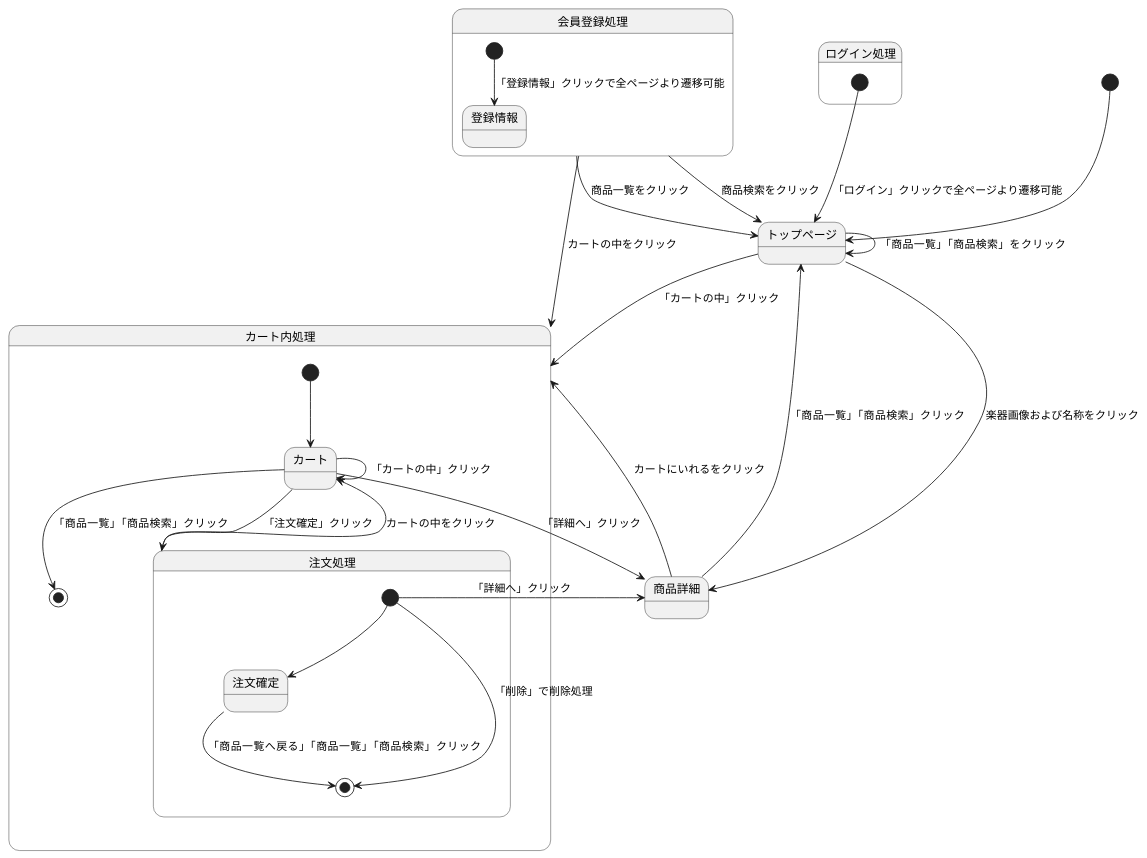
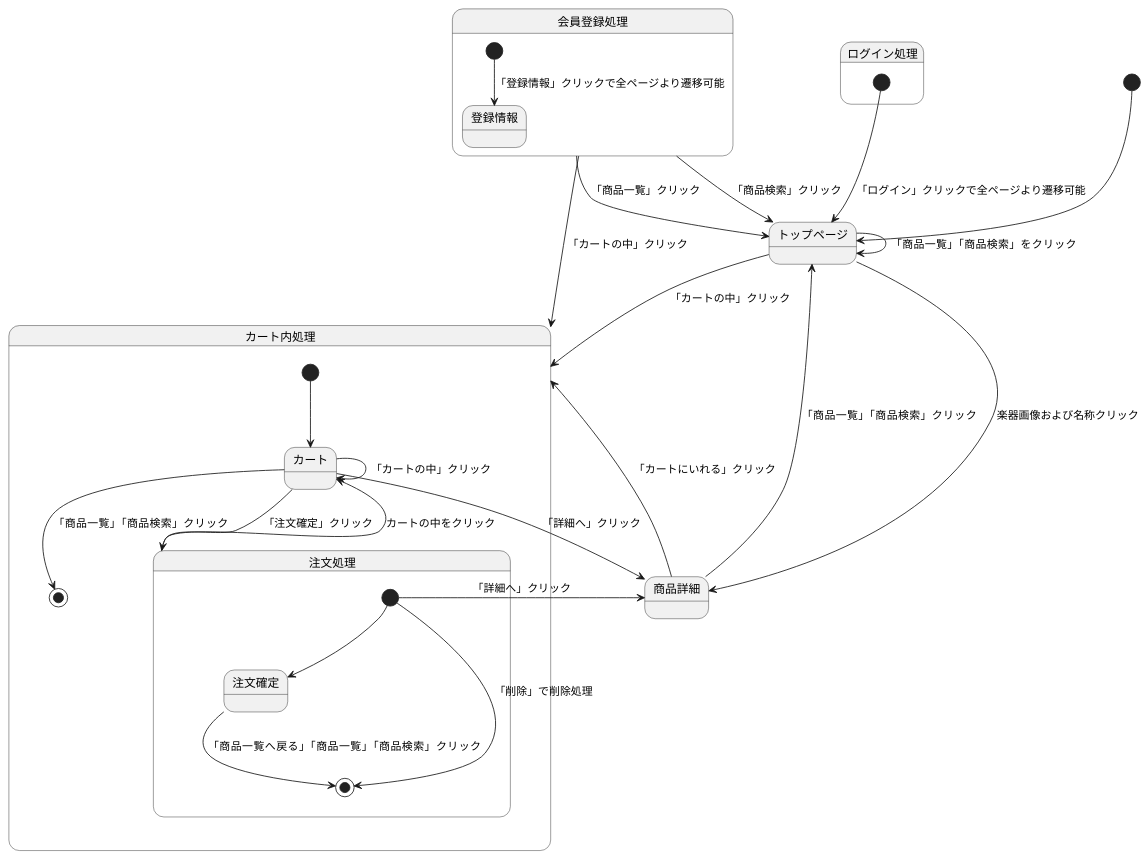
Before and after one commit to Aso2001374/2021sys-design: the third of 3 diagrams in stm01.md, drawn with PlantUML.

````diff
--- a/stm01.md
+++ b/stm01.md
@@ -55,43 +55,43 @@
 ```uml
 @startuml
 [*] --> トップページ
 
 トップページ--> トップページ : 「商品一覧」「商品検索」をクリック
 トップページ--> カート内処理 : 「カートの中」クリック
-トップページ--> 商品詳細 : 楽器画像および名称をクリック
+トップページ--> 商品詳細 : 楽器画像および名称クリック
 
 商品詳細--> トップページ : 「商品一覧」「商品検索」クリック
-商品詳細--> カート内処理 : カートにいれるをクリック
+商品詳細--> カート内処理 : 「カートにいれる」クリック
 
-会員登録処理 --> トップページ : 商品一覧をクリック
-会員登録処理 --> トップページ : 商品検索をクリック
-会員登録処理 --> カート内処理 : カートの中をクリック
+会員登録処理 --> トップページ : 「商品一覧」クリック
+会員登録処理 --> トップページ : 「商品検索」クリック
+会員登録処理 --> カート内処理 : 「カートの中」クリック
 
 state ログイン処理{
 [*] --> トップページ : 「ログイン」クリックで全ページより遷移可能
 }
 
 state 会員登録処理{
 [*] --> 登録情報 : 「登録情報」クリックで全ページより遷移可能
 }
 
 
 state カート内処理{
 [*] --> カート
 カート --> 注文処理 :「注文確定」クリック
 カート--> カート :「カートの中」クリック
 カート --> 商品詳細 : 「詳細へ」クリック
 カート--> [*]: 「商品一覧」「商品検索」クリック
 
 state 注文処理{
 [*]--> 注文確定
 [*]--> 商品詳細 : 「詳細へ」クリック
 [*]--> [*]: 「削除」で削除処理
 注文確定--> [*]: 「商品一覧へ戻る」「商品一覧」「商品検索」クリック
 }
 
 注文処理 --> カート : カートの中をクリック
 }
 
 @enduml
 ```
````
